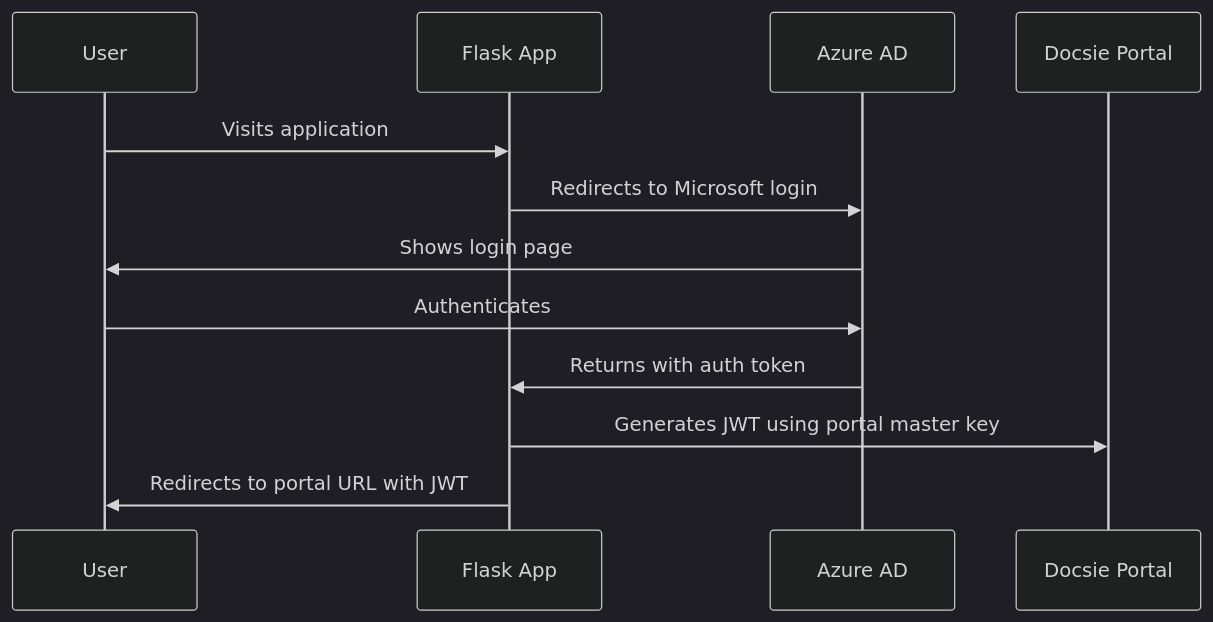
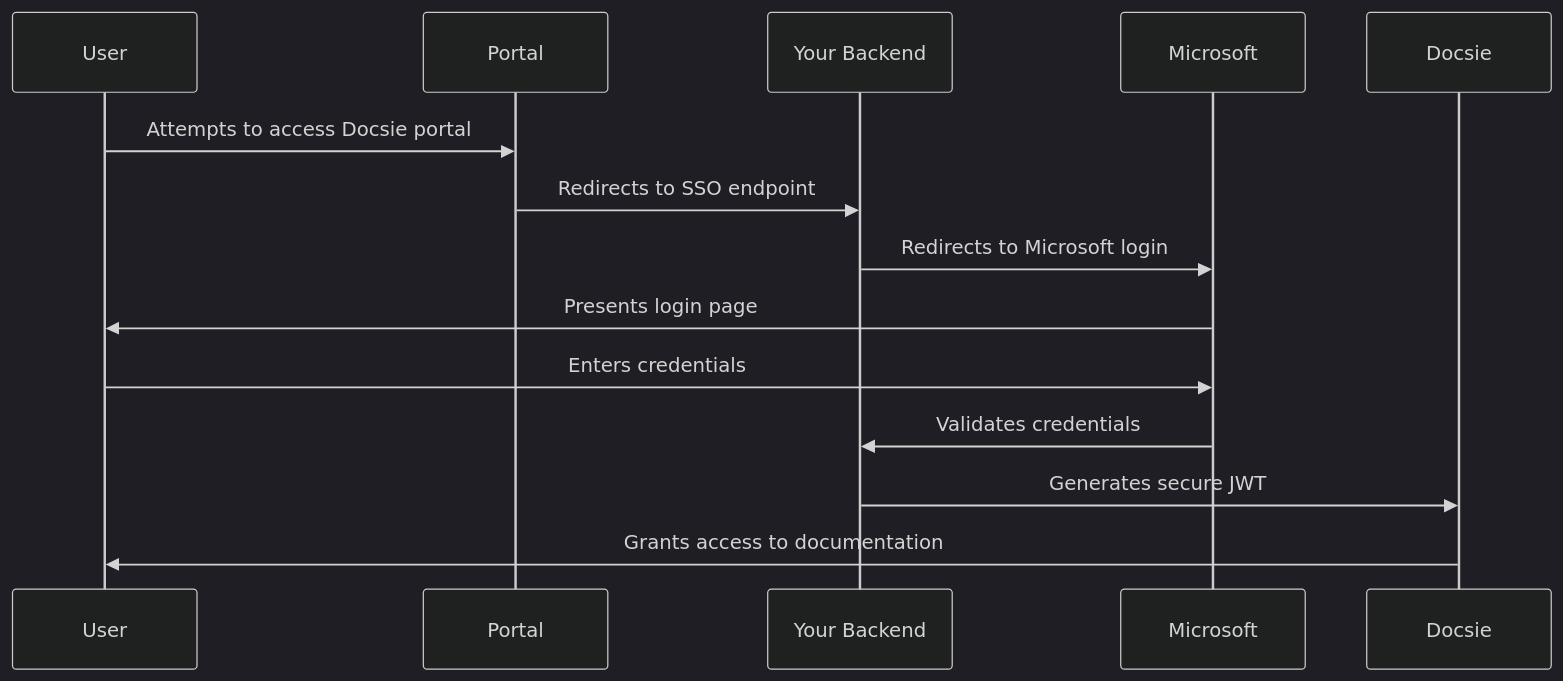
Before and after one commit to LikaloLLC/secure-deployment-portal: the diagram in README.md, drawn with Mermaid (dark theme).

Commit message:
fixed the diagram

````diff
--- a/README.md
+++ b/README.md
@@ -15,10 +15,11 @@
 ```mermaid
 sequenceDiagram
-    User->>Flask App: Visits application
-    Flask App->>Azure AD: Redirects to Microsoft login
-    Azure AD->>User: Shows login page
-    User->>Azure AD: Authenticates
-    Azure AD->>Flask App: Returns with auth token
-    Flask App->>Docsie Portal: Generates JWT using portal master key
-    Flask App->>User: Redirects to portal URL with JWT
+    User->>Portal: Attempts to access Docsie portal
+    Portal->>Your Backend: Redirects to SSO endpoint
+    Your Backend->>Microsoft: Redirects to Microsoft login
+    Microsoft->>User: Presents login page
+    User->>Microsoft: Enters credentials
+    Microsoft->>Your Backend: Validates credentials
+    Your Backend->>Docsie: Generates secure JWT
+    Docsie->>User: Grants access to documentation
 ```
````
